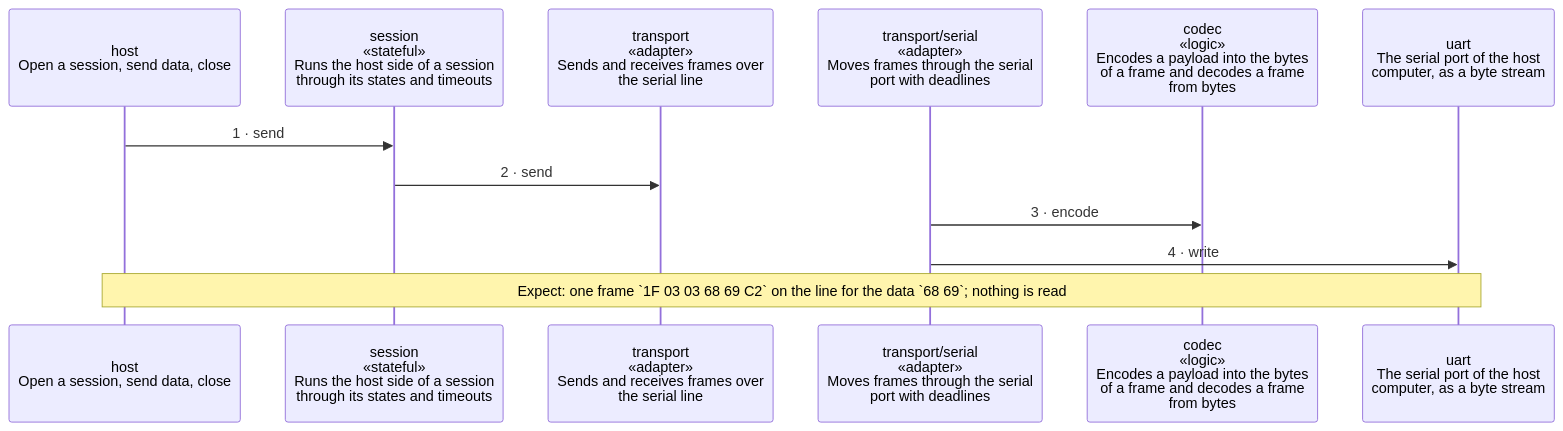
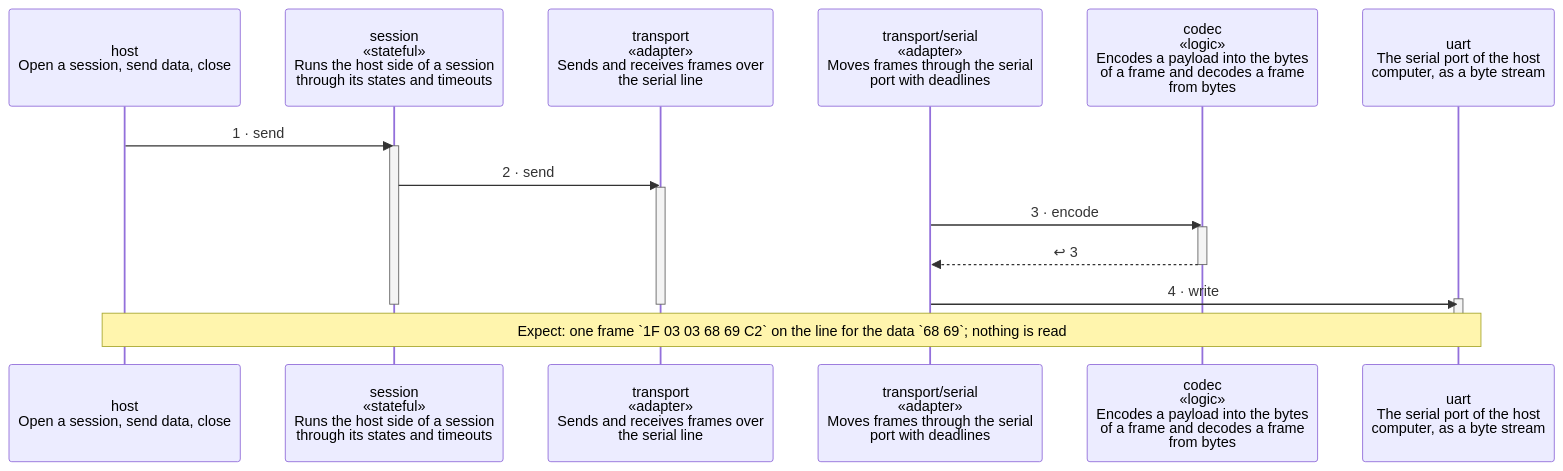
The diagram in examples/serial-line/docs/diagrams/scenario-send-data.md (wackazong/unifold), drawn with Mermaid before and after one commit. The commit also changed other lines of this file and 25 other files, not shown here.

````diff
--- a/examples/serial-line/docs/diagrams/scenario-send-data.md
+++ b/examples/serial-line/docs/diagrams/scenario-send-data.md
@@ -12,19 +12,28 @@
 ```mermaid
 ---
 config:
   sequence:
     height: 108
 ---
 sequenceDiagram
   participant phost as host<br/>Open a session, send data, close
   participant psession as session<br/>«stateful»<br/>Runs the host side of a session<br/>through its states and timeouts
   participant ptransport as transport<br/>«adapter»<br/>Sends and receives frames over<br/>the serial line
   participant ptransport__serial as transport/serial<br/>«adapter»<br/>Moves frames through the serial<br/>port with deadlines
   participant pcodec as codec<br/>«logic»<br/>Encodes a payload into the bytes<br/>of a frame and decodes a frame<br/>from bytes
   participant puart as uart<br/>The serial port of the host<br/>computer, as a byte stream
   phost->>psession: 1 · send
+  activate psession
   psession->>ptransport: 2 · send
+  activate ptransport
   ptransport__serial->>pcodec: 3 · encode
+  activate pcodec
+  pcodec-->>ptransport__serial: ↩ 3
+  deactivate pcodec
   ptransport__serial->>puart: 4 · write
+  activate puart
+  deactivate puart
+  deactivate ptransport
+  deactivate psession
   Note over phost,puart: wrap: Expect: one frame `1F 03 03 68 69 C2` on the line for the data `68 69`#59; nothing is read
 ```
````
